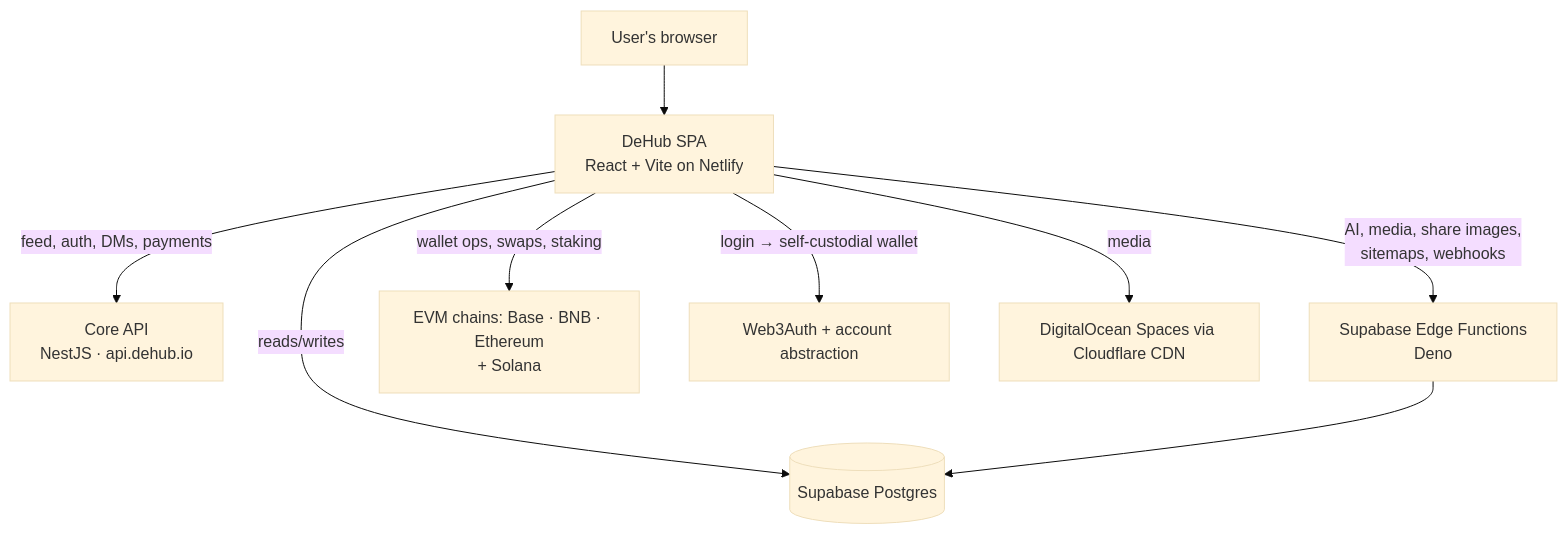
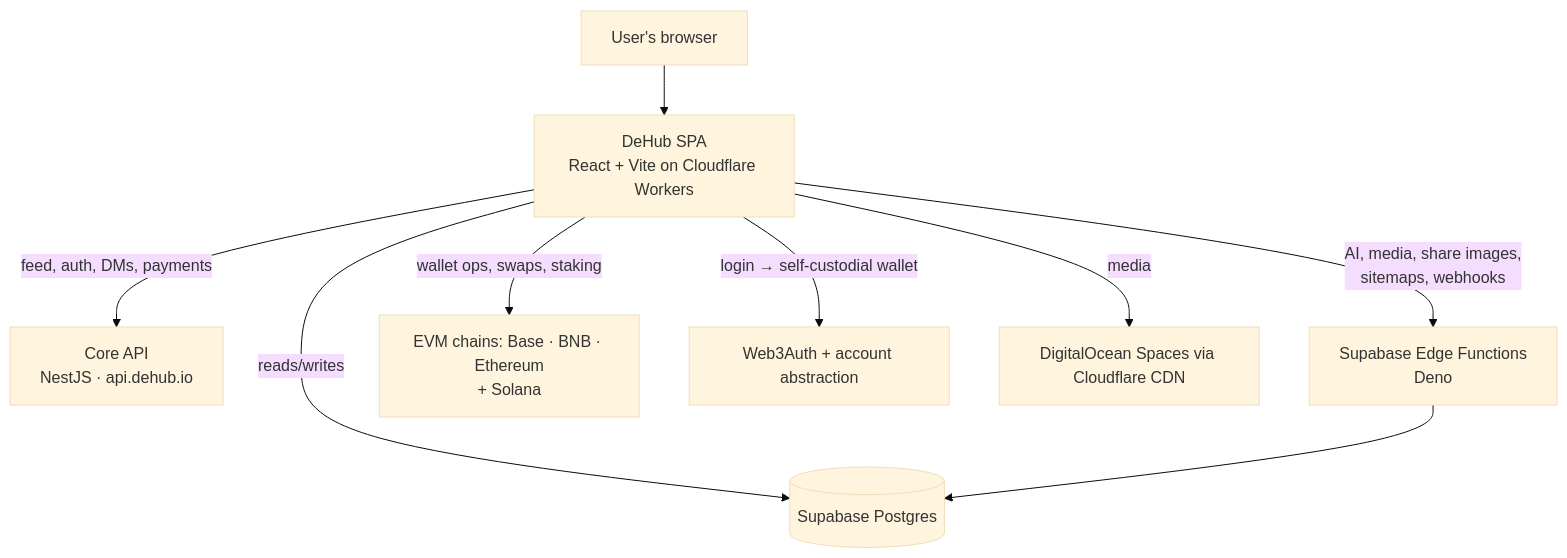
One commit to DeHubToken/dehubweb changed the diagram in README.md. Above: the diagram before and after it, drawn with Mermaid (base theme). The commit also changed other lines of this file and 8 other files, not shown here.

````diff
--- a/README.md
+++ b/README.md
@@ -94,11 +94,11 @@
 ```mermaid
 flowchart TD
-    U[User's browser] --> SPA[DeHub SPA<br/>React + Vite on Netlify]
+    U[User's browser] --> SPA[DeHub SPA<br/>React + Vite on Cloudflare Workers]
     SPA -->|feed, auth, DMs, payments| API[Core API<br/>NestJS · api.dehub.io]
     SPA -->|AI, media, share images,<br/>sitemaps, webhooks| EF[Supabase Edge Functions<br/>Deno]
     SPA -->|reads/writes| DB[(Supabase Postgres)]
     SPA -->|wallet ops, swaps, staking| CHAIN[EVM chains: Base · BNB · Ethereum<br/>+ Solana]
     SPA -->|login → self-custodial wallet| W3A[Web3Auth + account abstraction]
     EF --> DB
     SPA -->|media| CDN[DigitalOcean Spaces via Cloudflare CDN]
 ```
````
